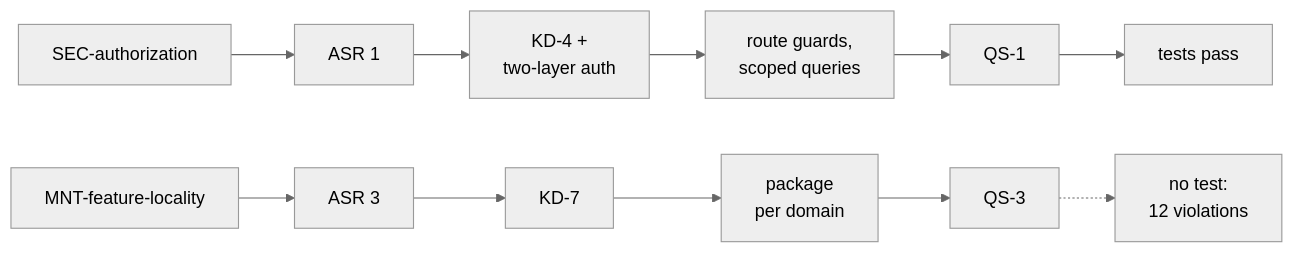
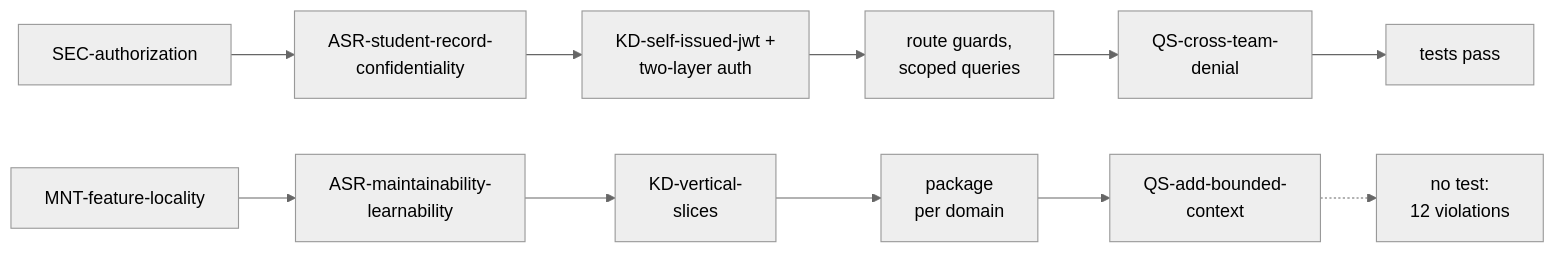
The diagram in docs/slides/architecture.md (Washingtonwei/cosc-40943), drawn with Mermaid (neutral theme) before and after one commit. The commit also changed other lines of this file and 2 other files, not shown here.

First line of the commit message:
Architecture: Project Pulse's slug IDs; deny by default covers only the API

````diff
--- a/docs/slides/architecture.md
+++ b/docs/slides/architecture.md
@@ -690,5 +690,5 @@
 ```mermaid
 flowchart LR
-    s1["SEC-authorization"] --> s2["ASR 1"] --> s3["KD-4 +<br/>two-layer auth"] --> s4["route guards,<br/>scoped queries"] --> s5["QS-1"] --> s6["tests pass"]
-    m1["MNT-feature-locality"] --> m2["ASR 3"] --> m3["KD-7"] --> m4["package<br/>per domain"] --> m5["QS-3"] -.-> m6["no test:<br/>12 violations"]
+    s1["SEC-authorization"] --> s2["ASR-student-record-<br/>confidentiality"] --> s3["KD-self-issued-jwt +<br/>two-layer auth"] --> s4["route guards,<br/>scoped queries"] --> s5["QS-cross-team-<br/>denial"] --> s6["tests pass"]
+    m1["MNT-feature-locality"] --> m2["ASR-maintainability-<br/>learnability"] --> m3["KD-vertical-<br/>slices"] --> m4["package<br/>per domain"] --> m5["QS-add-bounded-<br/>context"] -.-> m6["no test:<br/>12 violations"]
 ```
````
